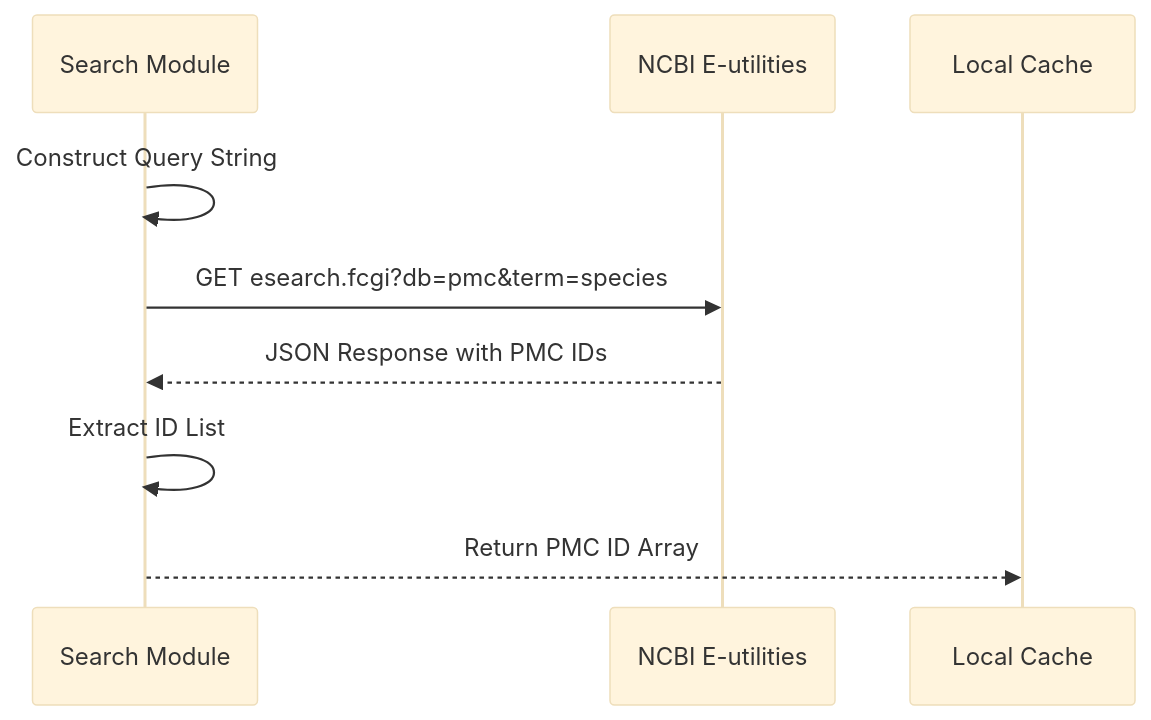
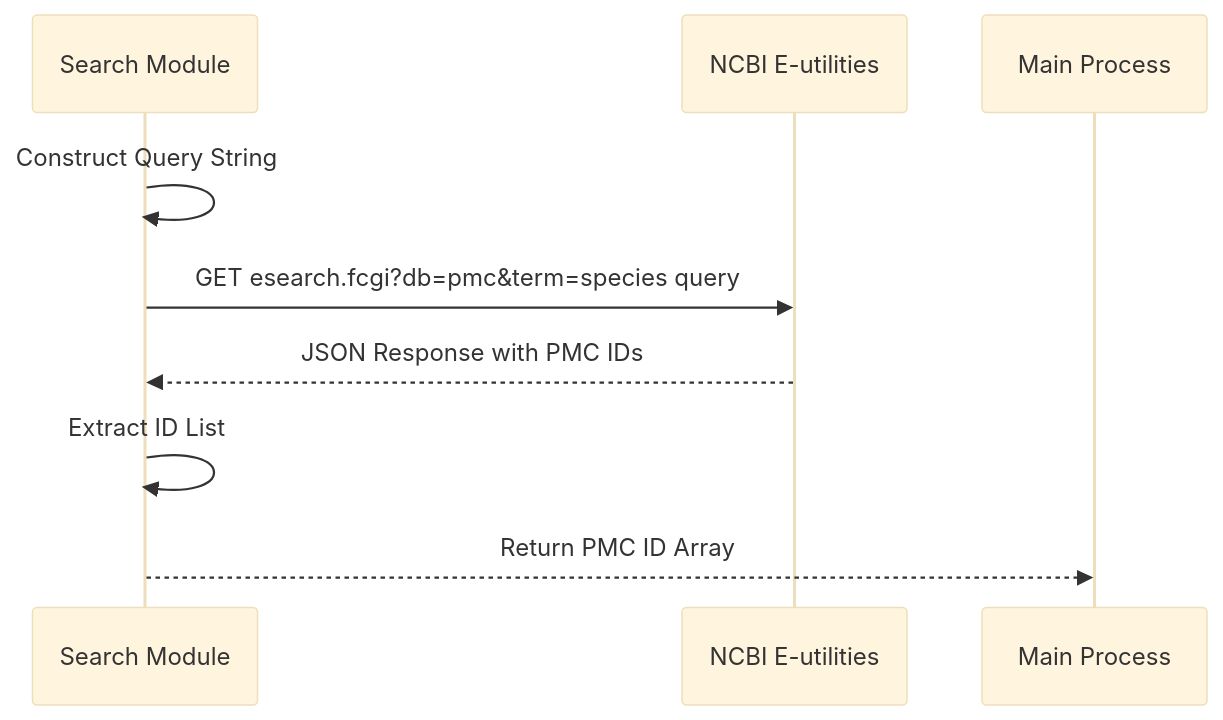
One commit to AlexJSully/Publication-Figure-Retrieval changed the third of 10 diagrams in docs/architecture/index.md. Above: the diagram before and after it, drawn with Mermaid (base theme). The commit also changed other lines of this file and 28 other files, not shown here.

First line of the commit message:
Fix unable to retrieve figure publication images (#242)

````diff
--- a/docs/architecture/index.md
+++ b/docs/architecture/index.md
@@ -104,15 +107,15 @@
 ```mermaid
 sequenceDiagram
     accTitle: Search Module Request Sequence
-    accDescr: The search module constructs a query string and sends a GET request to the NCBI esearch endpoint with the PMC database and species term. The API returns a JSON response containing PMC IDs. The module extracts the ID list and returns the PMC ID array to the caller.
+    accDescr: The search module constructs a species organism query with the open_access and author_manuscript filters, then sends a GET request to the NCBI esearch endpoint for the PMC database. The API returns a JSON response, and the module returns its ID list to the caller.
 
     participant SM as Search Module
     participant API as NCBI E-utilities
-    participant Cache as Local Cache
+    participant Main as Main Process
 
     SM->>SM: Construct Query String
-    SM->>API: GET esearch.fcgi?db=pmc&term=species
+    SM->>API: GET esearch.fcgi?db=pmc&term=species query
     API-->>SM: JSON Response with PMC IDs
     SM->>SM: Extract ID List
-    SM-->>Cache: Return PMC ID Array
+    SM-->>Main: Return PMC ID Array
 ```
````
